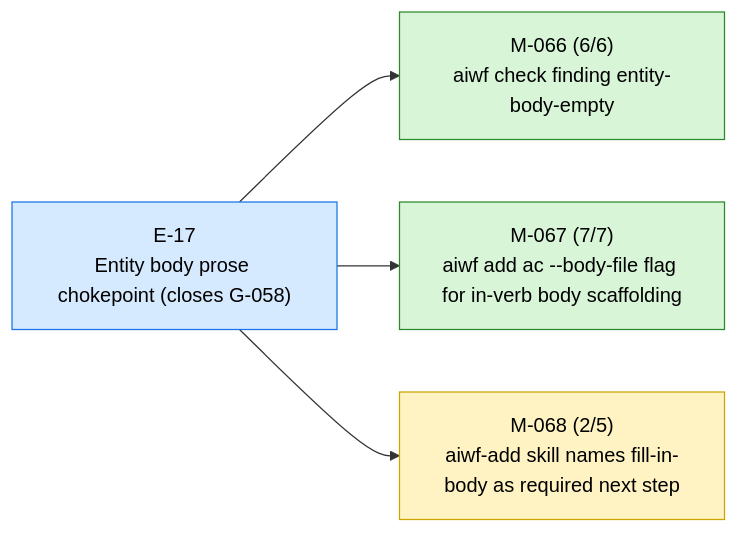
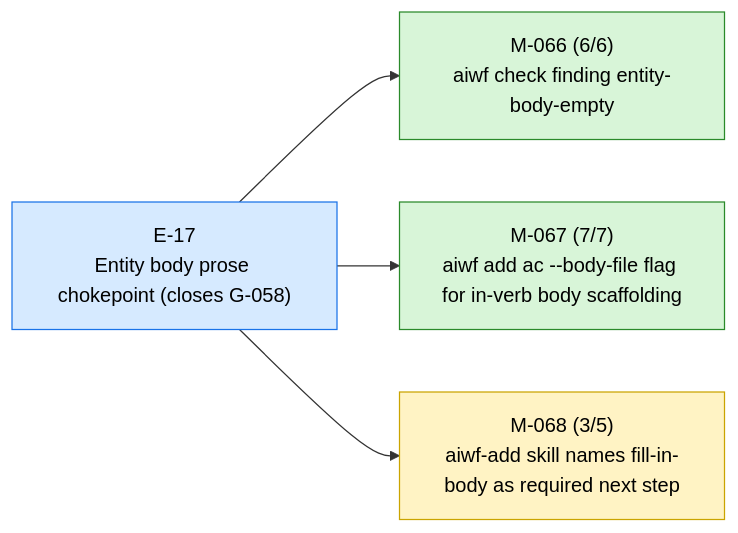
The first of 4 diagrams in STATUS.md (23min/aiwf), drawn with Mermaid before and after one commit. The commit also changed other lines of this file and 1 other file, not shown here.

First line of the commit message:
aiwf promote M-068/AC-3 open -> met

````diff
--- a/STATUS.md
+++ b/STATUS.md
@@ -13,16 +13,16 @@
 ```mermaid
 flowchart LR
   E_17["E-17<br/>Entity body prose chokepoint (closes G-058)"]:::epic_active
   M_066["M-066 (6/6)<br/>aiwf check finding entity-body-empty"]:::ms_done
   E_17 --> M_066
   M_067["M-067 (7/7)<br/>aiwf add ac --body-file flag for in-verb body scaffolding"]:::ms_done
   E_17 --> M_067
-  M_068["M-068 (2/5)<br/>aiwf-add skill names fill-in-body as required next step"]:::ms_in_progress
+  M_068["M-068 (3/5)<br/>aiwf-add skill names fill-in-body as required next step"]:::ms_in_progress
   E_17 --> M_068
   classDef epic_active fill:#d6eaff,stroke:#1a73e8,color:#000
   classDef epic_proposed fill:#f4f4f4,stroke:#888,color:#000
   classDef ms_done fill:#d8f5d8,stroke:#2a8a2a,color:#000
   classDef ms_in_progress fill:#fff3c4,stroke:#caa400,color:#000
   classDef ms_draft fill:#f4f4f4,stroke:#888,color:#000
   classDef ms_cancelled fill:#fbeaea,stroke:#c33,color:#000
 ```
````
